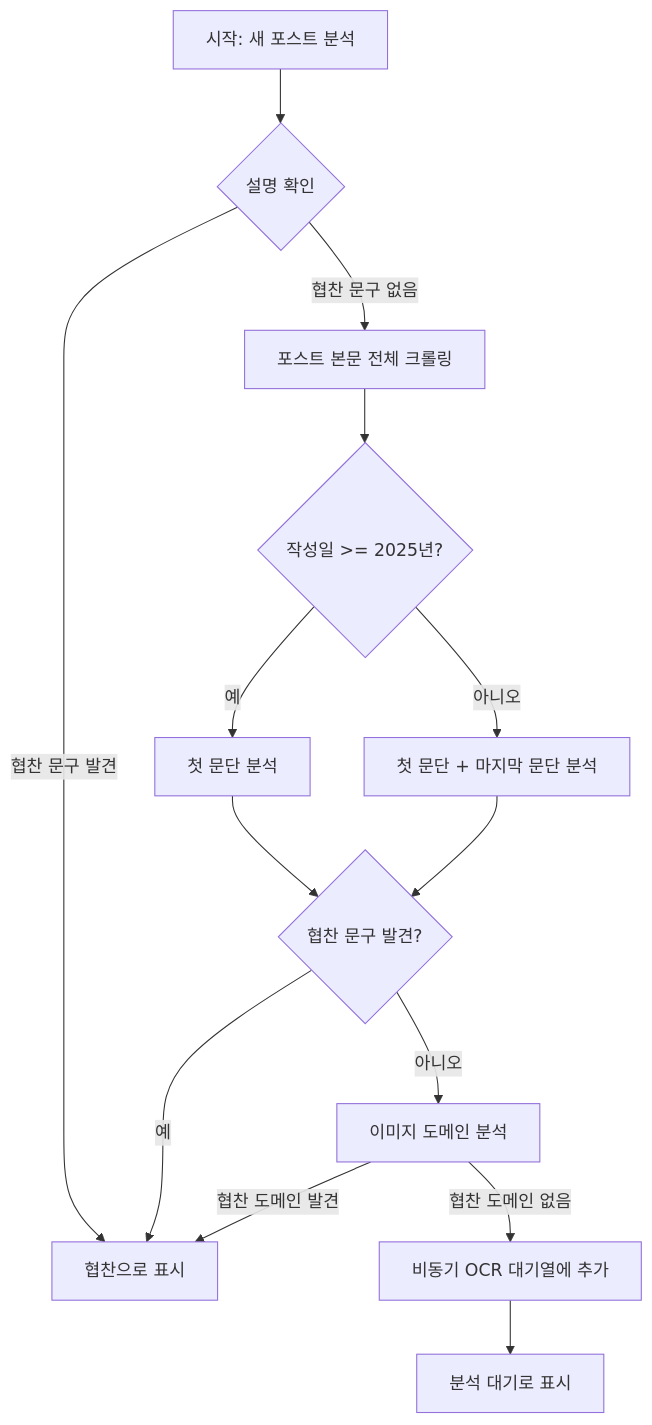
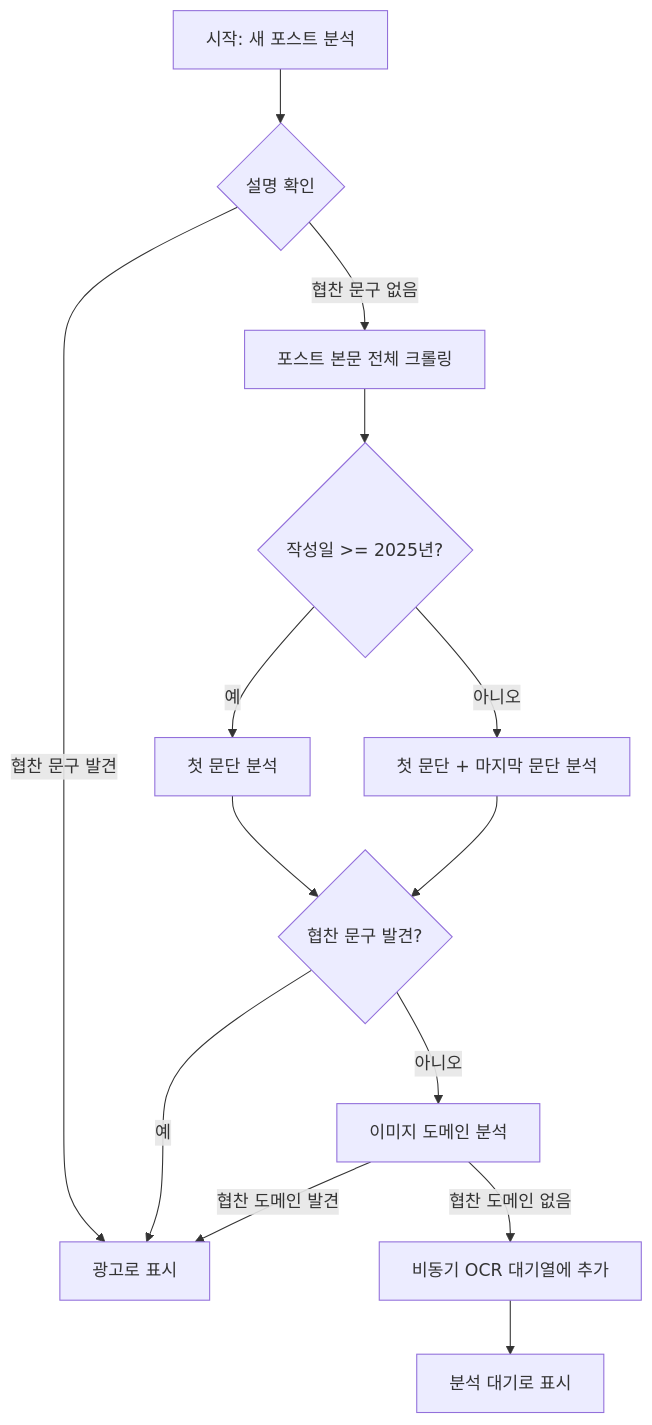
The second of 4 diagrams in profile/README.md (ndns-dev/.github), drawn with Mermaid before and after one commit. The commit also changed other lines of this file, not shown here.

````diff
--- a/profile/README.md
+++ b/profile/README.md
@@ -55,16 +59,16 @@
 ```mermaid
 graph TD
     A[시작: 새 포스트 분석] --> B{설명 확인};
-    B -- "협찬 문구 발견" --> C[협찬으로 표시];
+    B -- "협찬 문구 발견" --> C[광고로 표시];
     B -- "협찬 문구 없음" --> D[포스트 본문 전체 크롤링];
     D --> E{작성일 >= 2025년?};
     E -- "예" --> F[첫 문단 분석];
     E -- "아니오" --> G[첫 문단 + 마지막 문단 분석];
     F --> H{협찬 문구 발견?};
     G --> H;
     H -- "예" --> C;
     H -- "아니오" --> I[이미지 도메인 분석];
     I -- "협찬 도메인 발견" --> C;
     I -- "협찬 도메인 없음" --> J[비동기 OCR 대기열에 추가];
     J --> K[분석 대기로 표시];
 ```
````
